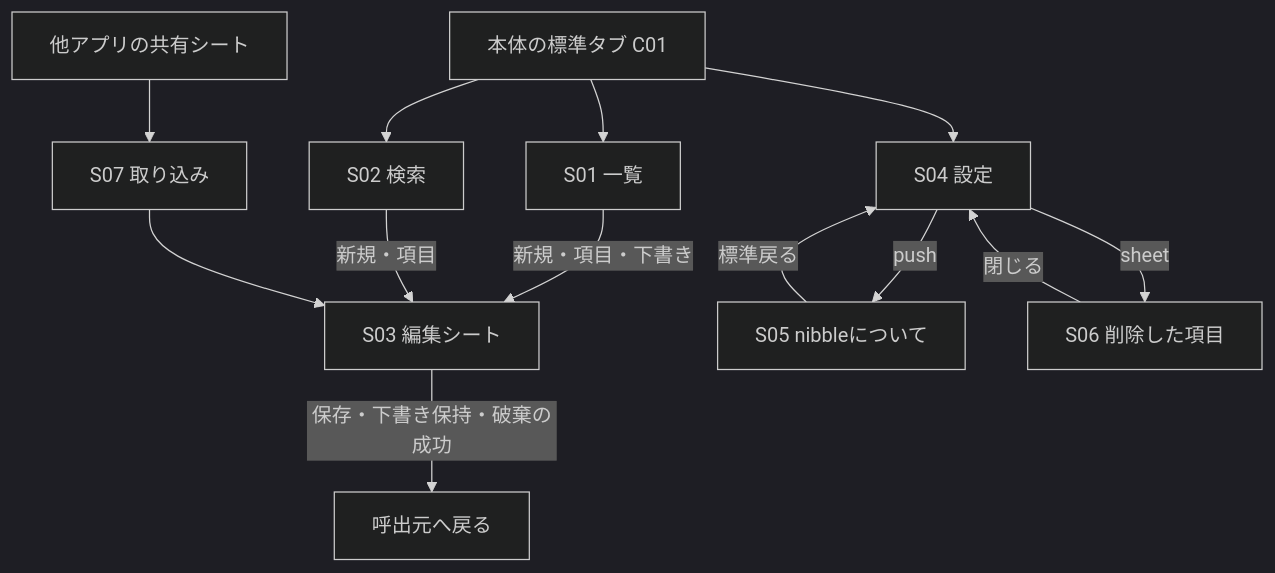
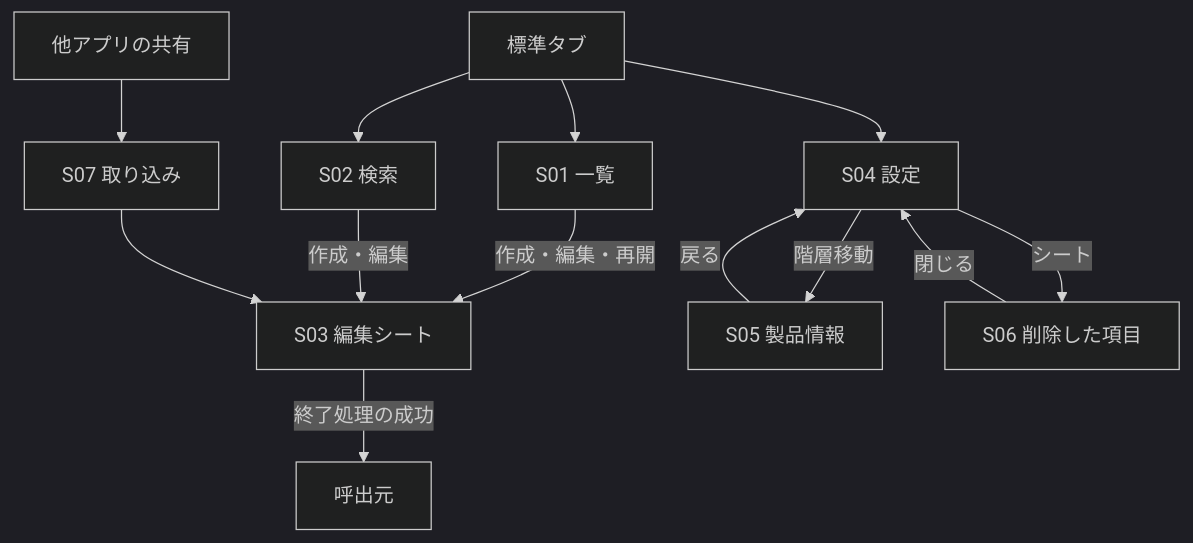
Before and after one commit to 9uiLe/nibble: the first of 4 diagrams in docs/design/screens.md, drawn with Mermaid (dark theme). The commit also changed other lines of this file and 11 other files, not shown here.

````diff
--- a/docs/design/screens.md
+++ b/docs/design/screens.md
@@ -7,15 +9,15 @@
 ```mermaid
 flowchart TD
-    Root[本体の標準タブ C01] --> L[S01 一覧]
+    Root[標準タブ] --> L[S01 一覧]
     Root --> P[S04 設定]
     Root --> Q[S02 検索]
-    L -->|新規・項目・下書き| E[S03 編集シート]
-    Q -->|新規・項目| E
-    P -->|push| A[S05 nibbleについて]
-    P -->|sheet| T[S06 削除した項目]
-    Host[他アプリの共有シート] --> I[S07 取り込み]
+    L -->|作成・編集・再開| E[S03 編集シート]
+    Q -->|作成・編集| E
+    P -->|階層移動| A[S05 製品情報]
+    P -->|シート| T[S06 削除した項目]
+    Host[他アプリの共有] --> I[S07 取り込み]
     I --> E
-    E -->|保存・下書き保持・破棄の成功| Caller[呼出元へ戻る]
+    E -->|終了処理の成功| Caller[呼出元]
+    A -->|戻る| P
     T -->|閉じる| P
-    A -->|標準戻る| P
 ```
````
